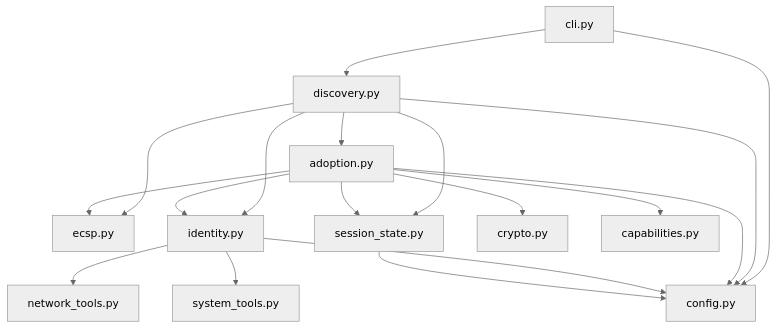
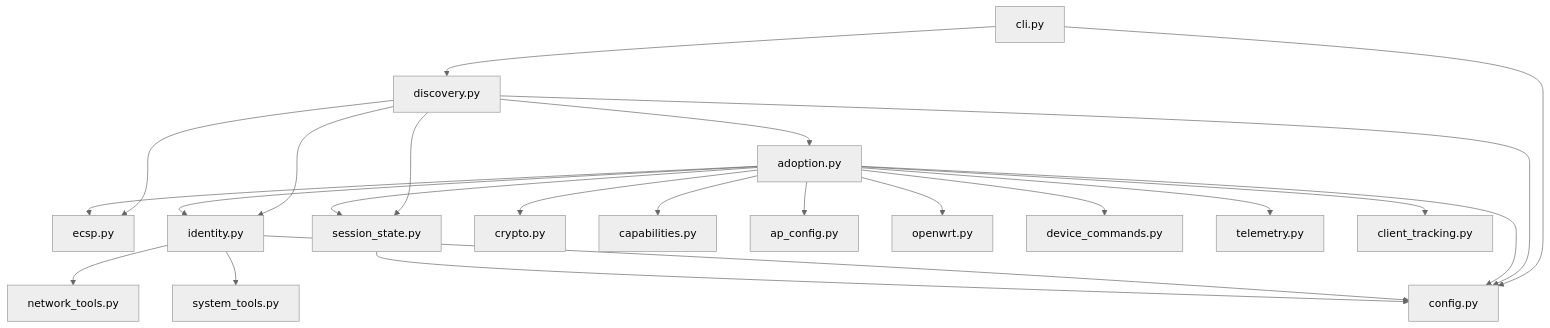
One commit to adryanalencar/open-omada-device-agent changed the first of 3 diagrams in docs/architecture.md. Above: the diagram before and after it, drawn with Mermaid (neutral theme). The commit also changed other lines of this file and 5 other files, not shown here.

````diff
--- a/docs/architecture.md
+++ b/docs/architecture.md
@@ -11,20 +11,25 @@
 ```mermaid
 flowchart TD
     CLI[cli.py] --> DISC[discovery.py]
     DISC --> ADOPT[adoption.py]
     DISC --> CODEC[ecsp.py]
     DISC --> ID[identity.py]
     DISC --> STATE[session_state.py]
     ADOPT --> CODEC
     ADOPT --> CRYPTO[crypto.py]
     ADOPT --> CAP[capabilities.py]
     ADOPT --> ID
     ADOPT --> STATE
+    ADOPT --> APCFG[ap_config.py]
+    ADOPT --> OWRT[openwrt.py]
+    ADOPT --> CMD[device_commands.py]
+    ADOPT --> TEL[telemetry.py]
+    ADOPT --> CLIENTS[client_tracking.py]
     ID --> NET[network_tools.py]
     ID --> SYS[system_tools.py]
     CLI --> CFG[config.py]
     DISC --> CFG
     ADOPT --> CFG
     ID --> CFG
     STATE --> CFG
 ```
````
